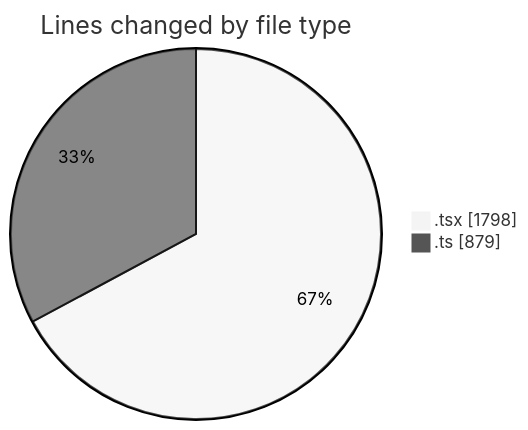
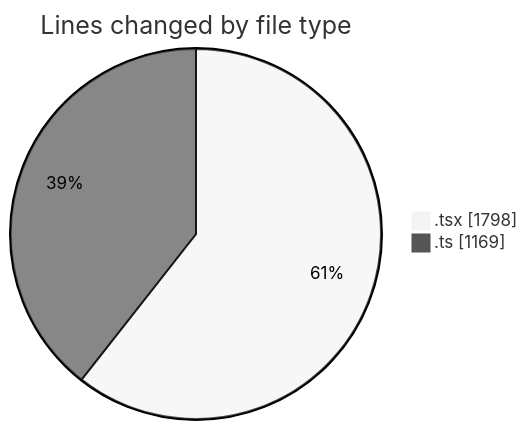
Before and after one commit to nxtqubesakshisongat/code-tracking: the first of 2 diagrams in 2026-03-06/nxtqube_webapp/README.md, drawn with Mermaid (neutral theme). The commit also changed other lines of this file and 1 other file, not shown here.

````diff
--- a/2026-03-06/nxtqube_webapp/README.md
+++ b/2026-03-06/nxtqube_webapp/README.md
@@ -26,6 +28,6 @@
 ```mermaid
 pie showData
 title Lines changed by file type
 ".tsx" : 1798
-".ts" : 879
+".ts" : 1169
 ```
````
